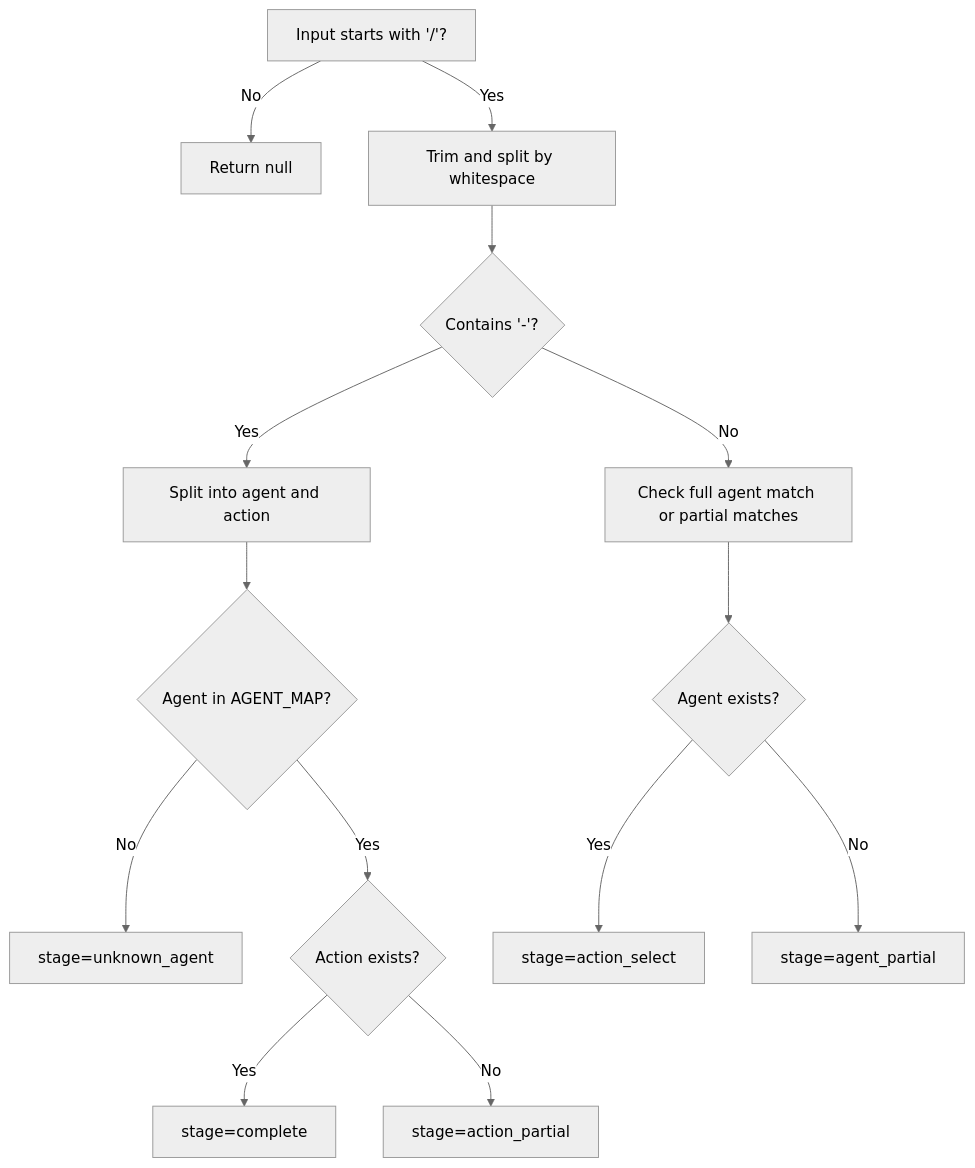
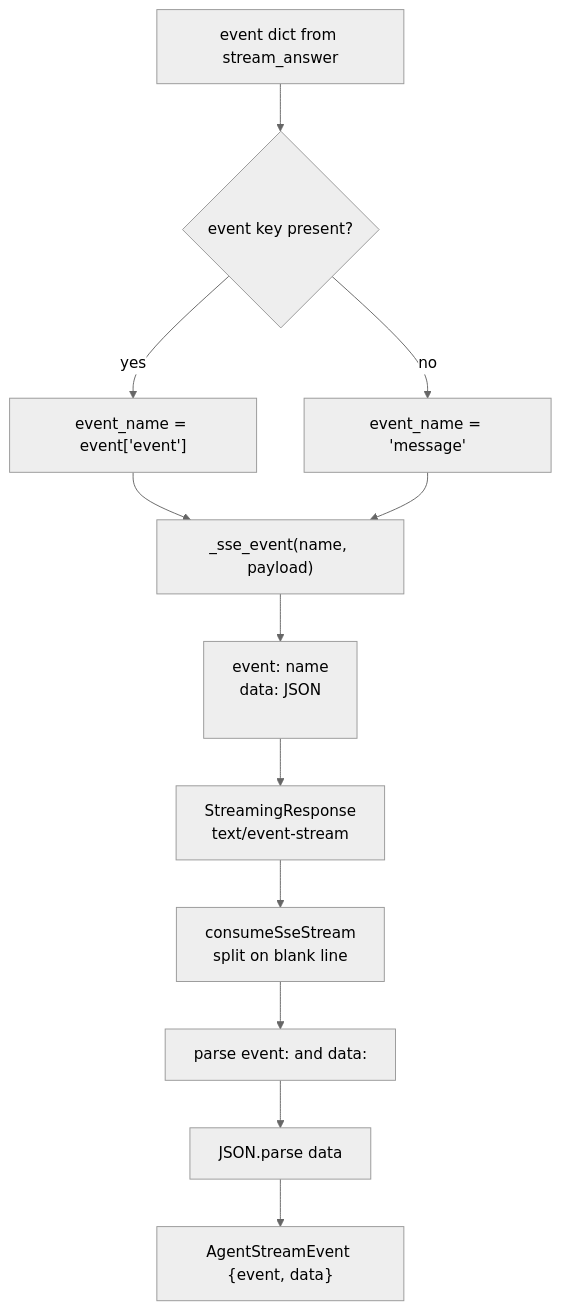
Before and after one commit to tashifkhan/tashif.codes: the third of 6 diagrams in src/data/docs/agentic-browser/Browser Extension/Agent Execution Engine.md, drawn with Mermaid (neutral theme). The commit also changed other lines of this file and 114 other files, not shown here.

````diff
--- a/src/data/docs/agentic-browser/Browser Extension/Agent Execution Engine.md
+++ b/src/data/docs/agentic-browser/Browser Extension/Agent Execution Engine.md
@@ -134,16 +93,14 @@
 ```mermaid
 flowchart TD
-A["Input starts with '/'?"] --> |No| Null["Return null"]
-A --> |Yes| B["Trim and split by whitespace"]
-B --> C{"Contains '-'?"}
-C --> |No| D["Check full agent match or partial matches"]
-C --> |Yes| E["Split into agent and action"]
-E --> F{"Agent in AGENT_MAP?"}
-F --> |No| G["stage=unknown_agent"]
-F --> |Yes| H{"Action exists?"}
-H --> |Yes| I["stage=complete"]
-H --> |No| J["stage=action_partial"]
-D --> K{"Agent exists?"}
-K --> |Yes| L["stage=action_select"]
-K --> |No| M["stage=agent_partial"]
+  A["event dict from stream_answer"] --> B{"event key present?"}
+  B -- yes --> C["event_name = event['event']"]
+  B -- no --> D["event_name = 'message'"]
+  C --> E["_sse_event(name, payload)"]
+  D --> E
+  E --> F["event: name<br/>data: JSON<br/><br/>"]
+  F --> G["StreamingResponse<br/>text/event-stream"]
+  G --> H["consumeSseStream<br/>split on blank line"]
+  H --> I["parse event: and data:"]
+  I --> J["JSON.parse data"]
+  J --> K["AgentStreamEvent {event, data}"]
 ```
````
